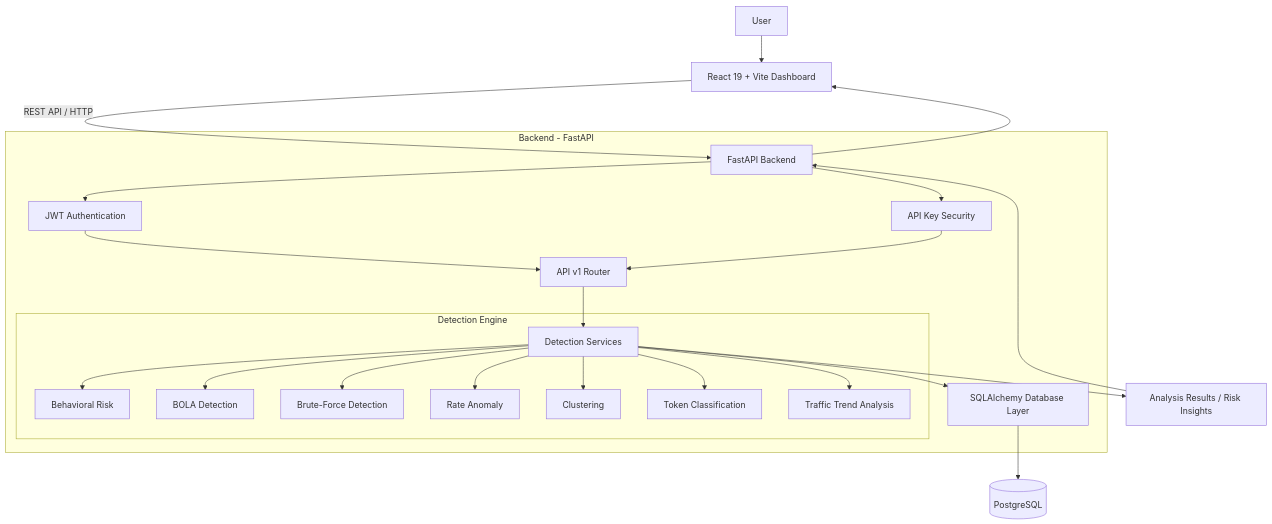
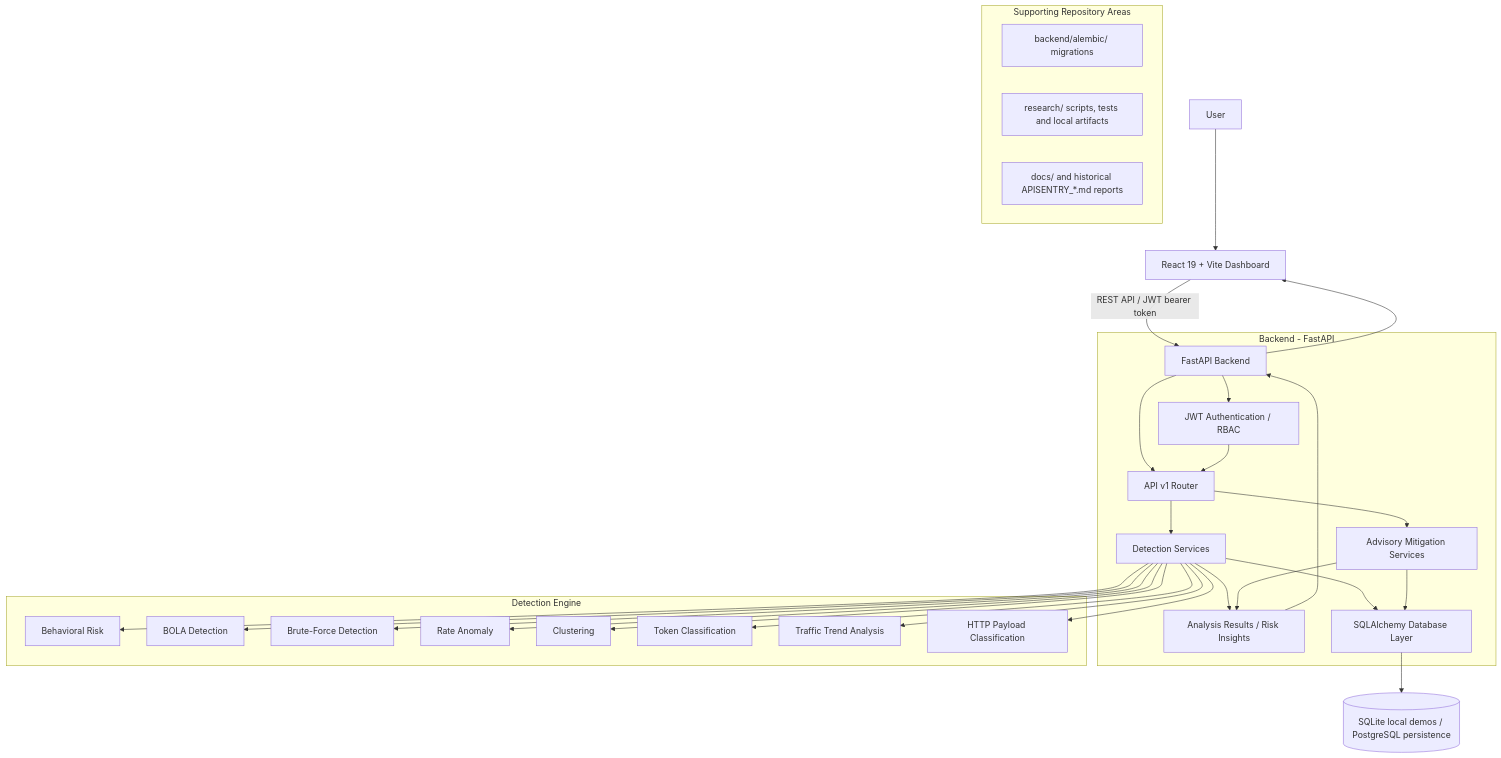
The diagram in README.md (singhsanya2303-eng/APISentry-AI), drawn with Mermaid before and after one commit. The commit also changed other lines of this file and 235 other files, not shown here.

First line of the commit message:
Finalize APISentry AI security hardening and contribution

````diff
--- a/README.md
+++ b/README.md
@@ -119,32 +119,38 @@
 ```mermaid
 flowchart TB
     U["User"] --> FE["React 19 + Vite Dashboard"]
-    FE -->|"REST API / HTTP"| API["FastAPI Backend"]
+    FE -->|"REST API / JWT bearer token"| API["FastAPI Backend"]
 
     subgraph BACKEND["Backend - FastAPI"]
-        API --> AUTH["JWT Authentication"]
-        API --> SEC["API Key Security"]
-
-        AUTH --> ROUTER["API v1 Router"]
-        SEC --> ROUTER
-
+        API --> AUTH["JWT Authentication / RBAC"]
+        API --> ROUTER["API v1 Router"]
+        AUTH --> ROUTER
         ROUTER --> DET["Detection Services"]
-
-        subgraph ENGINE["Detection Engine"]
-            DET --> B["Behavioral Risk"]
-            DET --> BOLA["BOLA Detection"]
-            DET --> BF["Brute-Force Detection"]
-            DET --> RATE["Rate Anomaly"]
-            DET --> CL["Clustering"]
-            DET --> TOK["Token Classification"]
-            DET --> TT["Traffic Trend Analysis"]
-        end
-
+        ROUTER --> MIT["Advisory Mitigation Services"]
+        DET --> RESULT["Analysis Results / Risk Insights"]
+        MIT --> RESULT
         DET --> DBL["SQLAlchemy Database Layer"]
+        MIT --> DBL
     end
 
-    DBL --> DB[("PostgreSQL")]
-    DET --> RESULT["Analysis Results / Risk Insights"]
+    subgraph ENGINE["Detection Engine"]
+        DET --> B["Behavioral Risk"]
+        DET --> BOLA["BOLA Detection"]
+        DET --> BF["Brute-Force Detection"]
+        DET --> RATE["Rate Anomaly"]
+        DET --> CL["Clustering"]
+        DET --> TOK["Token Classification"]
+        DET --> TT["Traffic Trend Analysis"]
+        DET --> HTTP["HTTP Payload Classification"]
+    end
+
+    DBL --> DB[("SQLite local demos / PostgreSQL persistence")]
     RESULT --> API
     API --> FE
+
+    subgraph SUPPORT["Supporting Repository Areas"]
+        MIG["backend/alembic/ migrations"]
+        RES["research/ scripts, tests and local artifacts"]
+        DOCS["docs/ and historical APISENTRY_*.md reports"]
+    end
 ```
````
